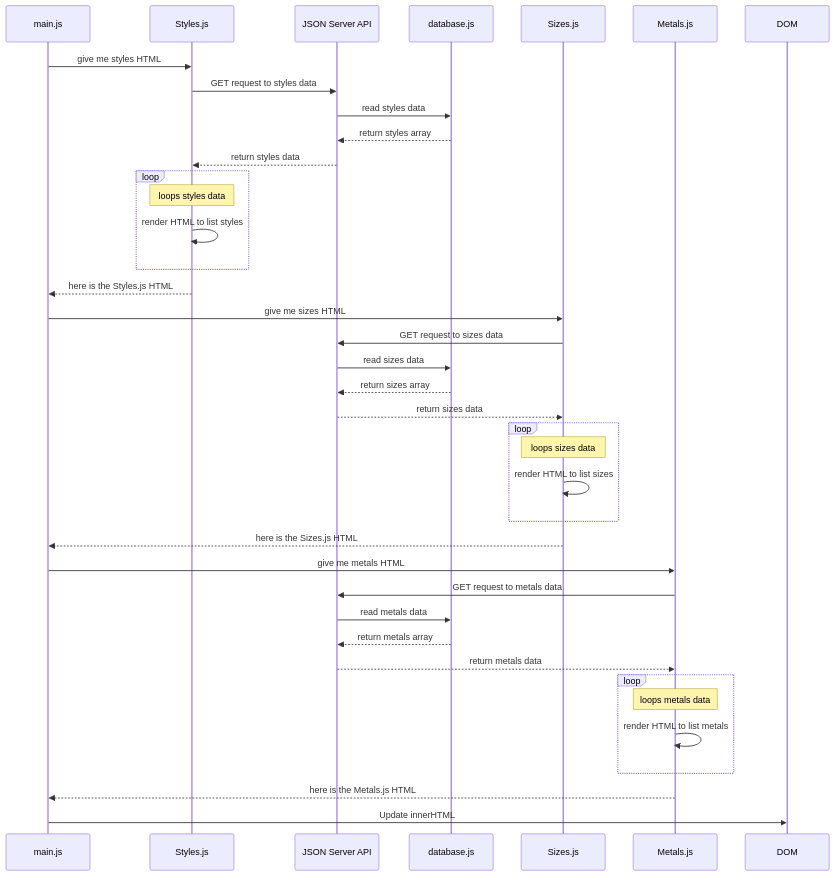
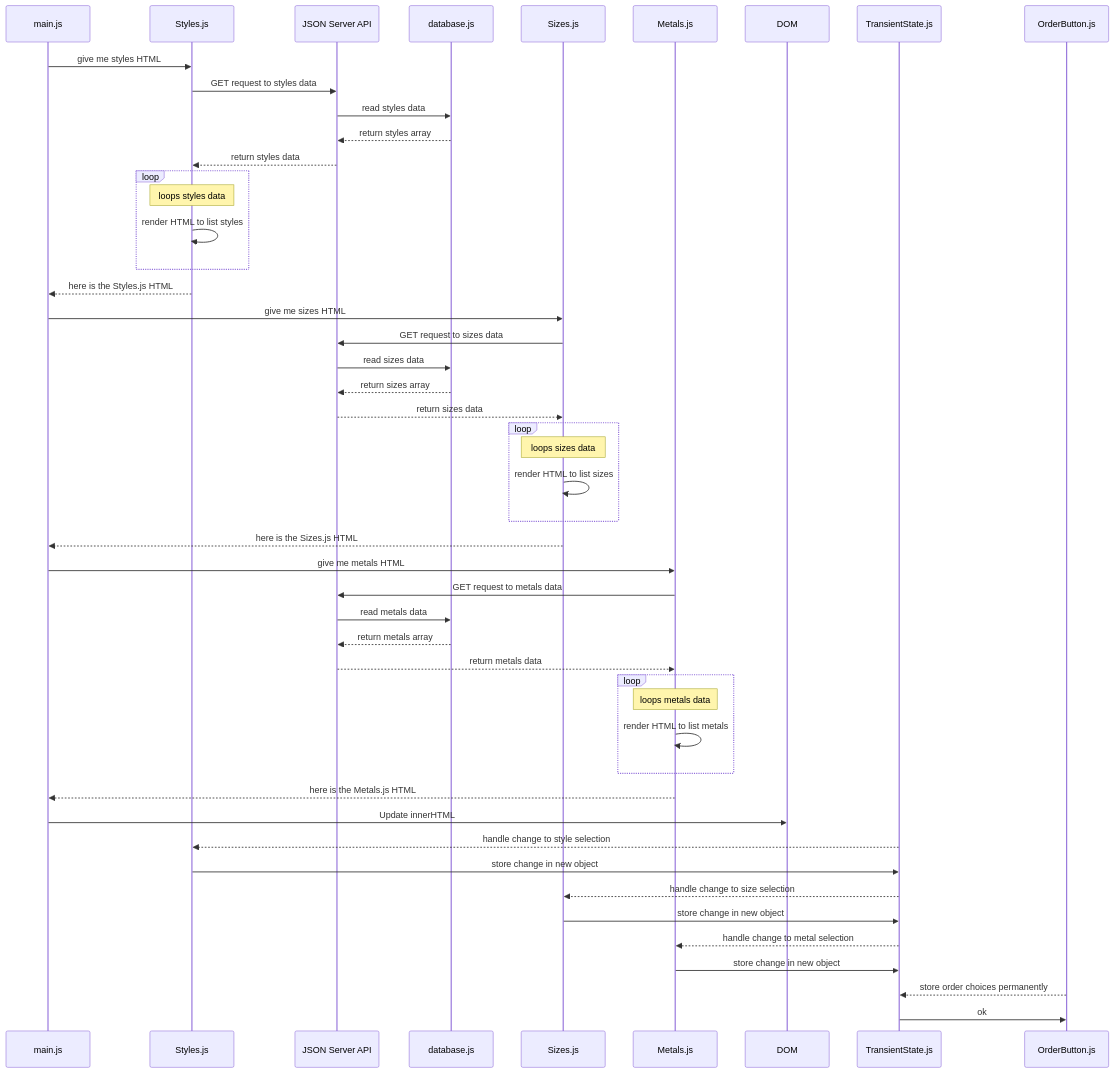
The diagram in diagrams/sequence-diagram.mmd (mckenney-leavell/kneel-diamonds), drawn with Mermaid before and after one commit. The commit also changed other lines of this file and 8 other files, not shown here.

```diff
--- a/diagrams/sequence-diagram.mmd
+++ b/diagrams/sequence-diagram.mmd
@@ -1,62 +1,78 @@
 sequenceDiagram
 
 main.js ->> Styles.js: give me styles HTML
 
 Styles.js ->> JSON Server API: GET request to styles data
 
 JSON Server API ->> database.js: read styles data
 
 database.js -->> JSON Server API: return styles array
 
 JSON Server API -->> Styles.js: return styles data
 
 Loop
     Note over Styles.js: loops styles data
 
     Styles.js ->> Styles.js: render HTML to list styles
 
 End
 
 Styles.js -->> main.js: here is the Styles.js HTML
 
 
 main.js ->> Sizes.js: give me sizes HTML
 
 Sizes.js ->> JSON Server API: GET request to sizes data
 
 JSON Server API ->> database.js: read sizes data
 
 database.js -->> JSON Server API: return sizes array
 
 JSON Server API -->> Sizes.js: return sizes data
 
 Loop
     Note over Sizes.js: loops sizes data
 
     Sizes.js ->> Sizes.js: render HTML to list sizes
 
 End
 
 Sizes.js -->> main.js: here is the Sizes.js HTML
 
 
 main.js ->> Metals.js: give me metals HTML
 
 Metals.js ->> JSON Server API: GET request to metals data
 
 JSON Server API ->> database.js: read metals data
 
 database.js -->> JSON Server API: return metals array
 
 JSON Server API -->> Metals.js: return metals data
 
 Loop
     Note over Metals.js: loops metals data
 
     Metals.js ->> Metals.js: render HTML to list metals
 
 End
 
 Metals.js -->> main.js: here is the Metals.js HTML
 
 main.js ->> DOM: Update innerHTML
+
+TransientState.js -->> Styles.js: handle change to style selection
+
+Styles.js ->> TransientState.js: store change in new object
+
+TransientState.js -->> Sizes.js: handle change to size selection
+
+Sizes.js ->> TransientState.js: store change in new object
+
+TransientState.js -->> Metals.js: handle change to metal selection
+
+Metals.js ->> TransientState.js: store change in new object
+
+OrderButton.js -->> TransientState.js: store order choices permanently
+
+TransientState.js ->> OrderButton.js: ok
```
